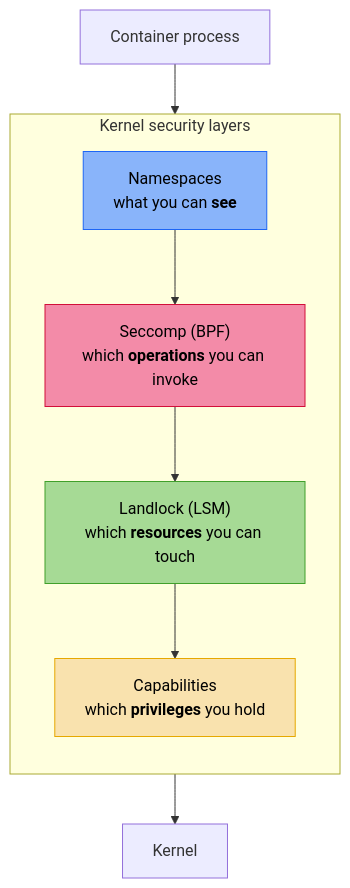
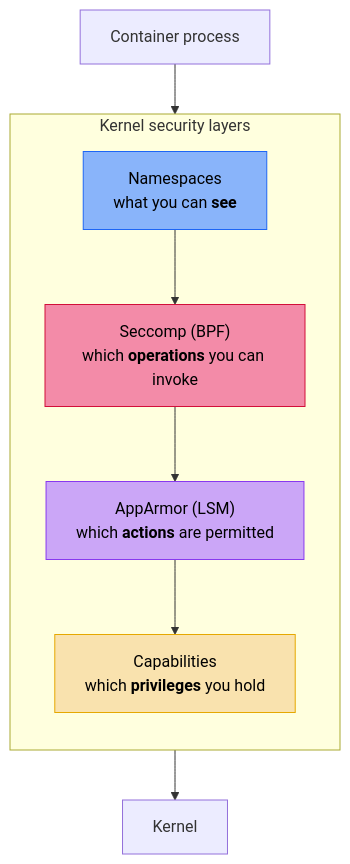
The diagram in docs/content/security/hardening.md (Dauliac/nix-oci), drawn with Mermaid before and after one commit. The commit also changed other lines of this file and 23 other files, not shown here.

````diff
--- a/docs/content/security/hardening.md
+++ b/docs/content/security/hardening.md
@@ -16,16 +19,16 @@
 ```mermaid
 flowchart TD
     subgraph "Kernel security layers"
         direction TB
         NS["Namespaces<br/>what you can <b>see</b>"]
         SEC["Seccomp (BPF)<br/>which <b>operations</b> you can invoke"]
-        LL["Landlock (LSM)<br/>which <b>resources</b> you can touch"]
+        AA["AppArmor (LSM)<br/>which <b>actions</b> are permitted"]
         CAP["Capabilities<br/>which <b>privileges</b> you hold"]
     end
-    APP["Container process"] --> NS --> SEC --> LL --> CAP --> KERNEL["Kernel"]
+    APP["Container process"] --> NS --> SEC --> AA --> CAP --> KERNEL["Kernel"]
 
     style NS fill:#89b4fa,stroke:#1e66f5,color:#000
     style SEC fill:#f38ba8,stroke:#d20f39,color:#000
-    style LL fill:#a6da95,stroke:#40a02b,color:#000
+    style AA fill:#cba6f7,stroke:#8839ef,color:#000
     style CAP fill:#f9e2ae,stroke:#e6a800,color:#000
 ```
````
